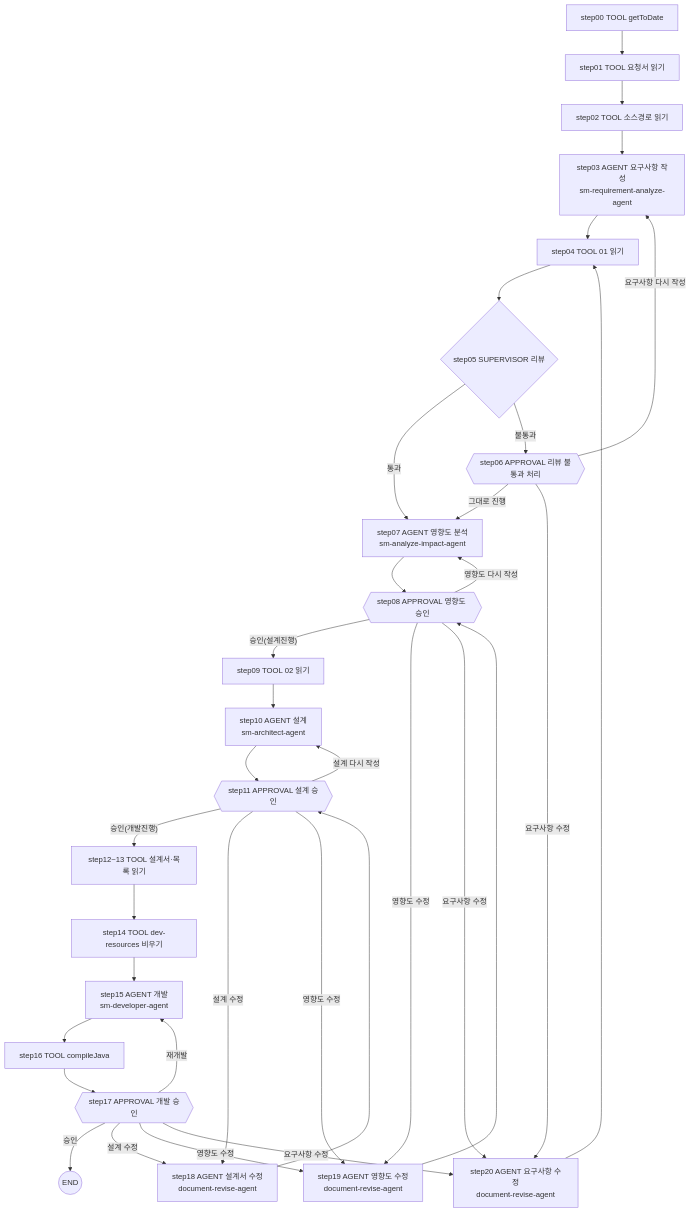
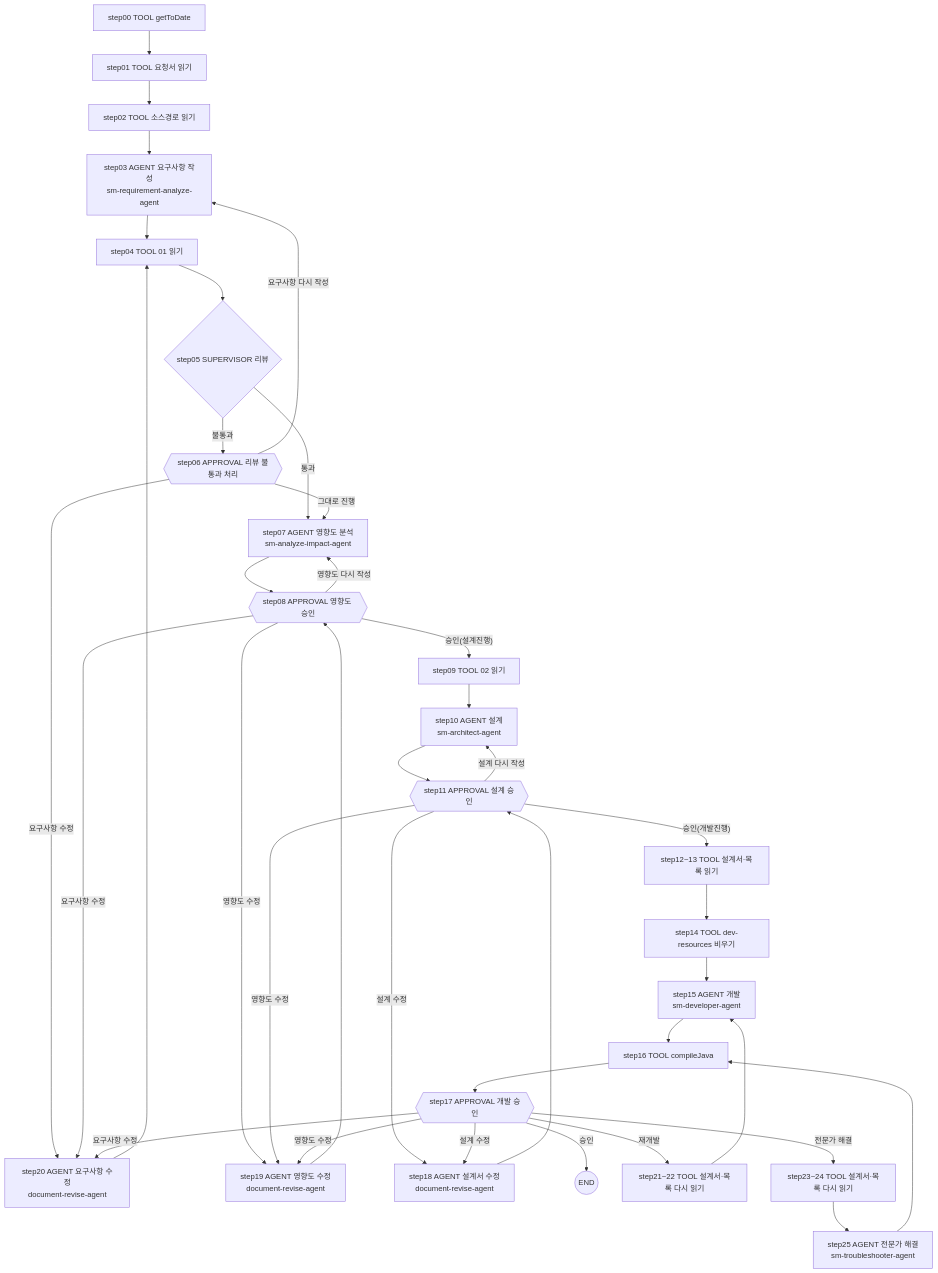
Before and after one commit to YongSoekChoeng/dstone: diagram 11 of 11 in docs/09.dstone-ai-engine.md, drawn with Mermaid. The commit also changed other lines of this file and 5 other files, not shown here.

First line of the commit message:
ai-engine: 재개발 수정을 설계서에 남기기, 전문가 해결 Agent(gpt-oss-120b) 추가

````diff
--- a/docs/09.dstone-ai-engine.md
+++ b/docs/09.dstone-ai-engine.md
@@ -1126,31 +1126,32 @@
 ```mermaid
 flowchart TD
     S00["step00 TOOL getToDate"] --> S01["step01 TOOL 요청서 읽기"] --> S02["step02 TOOL 소스경로 읽기"]
     S02 --> S03["step03 AGENT 요구사항 작성<br/>sm-requirement-analyze-agent"]
     S03 --> S04["step04 TOOL 01 읽기"] --> S05{"step05 SUPERVISOR 리뷰"}
     S05 -->|통과| S07
     S05 -->|불통과| S06{{"step06 APPROVAL 리뷰 불통과 처리"}}
     S06 -->|그대로 진행| S07["step07 AGENT 영향도 분석<br/>sm-analyze-impact-agent"]
     S06 -->|요구사항 수정| S20
     S06 -->|요구사항 다시 작성| S03
     S07 --> S08{{"step08 APPROVAL 영향도 승인"}}
     S08 -->|"승인(설계진행)"| S09["step09 TOOL 02 읽기"]
     S08 -->|영향도 수정| S19
     S08 -->|영향도 다시 작성| S07
     S08 -->|요구사항 수정| S20
     S09 --> S10["step10 AGENT 설계<br/>sm-architect-agent"] --> S11{{"step11 APPROVAL 설계 승인"}}
     S11 -->|"승인(개발진행)"| S12["step12~13 TOOL 설계서·목록 읽기"]
     S11 -->|설계 수정| S18
     S11 -->|설계 다시 작성| S10
     S11 -->|영향도 수정| S19
     S12 --> S14["step14 TOOL dev-resources 비우기"] --> S15["step15 AGENT 개발<br/>sm-developer-agent"]
     S15 --> S16["step16 TOOL compileJava"] --> S17{{"step17 APPROVAL 개발 승인"}}
     S17 -->|승인| END((END))
-    S17 -->|재개발| S15
+    S17 -->|재개발| S21["step21~22 TOOL 설계서·목록 다시 읽기"] --> S15
+    S17 -->|전문가 해결| S23["step23~24 TOOL 설계서·목록 다시 읽기"] --> S25["step25 AGENT 전문가 해결<br/>sm-troubleshooter-agent"] --> S16
     S17 -->|설계 수정| S18
     S17 -->|영향도 수정| S19
     S17 -->|요구사항 수정| S20
     S18["step18 AGENT 설계서 수정<br/>document-revise-agent"] --> S11
     S19["step19 AGENT 영향도 수정<br/>document-revise-agent"] --> S08
     S20["step20 AGENT 요구사항 수정<br/>document-revise-agent"] --> S04
 ```
````
